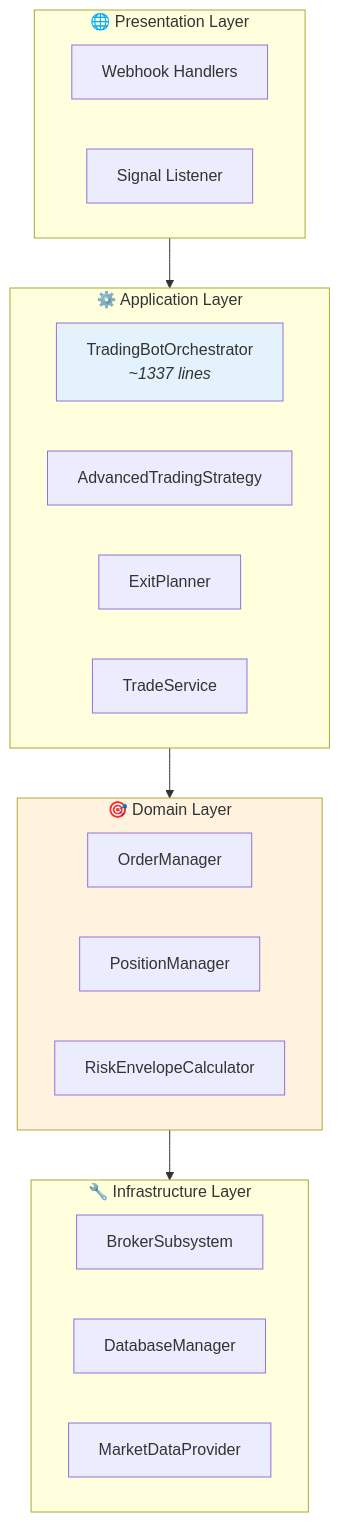
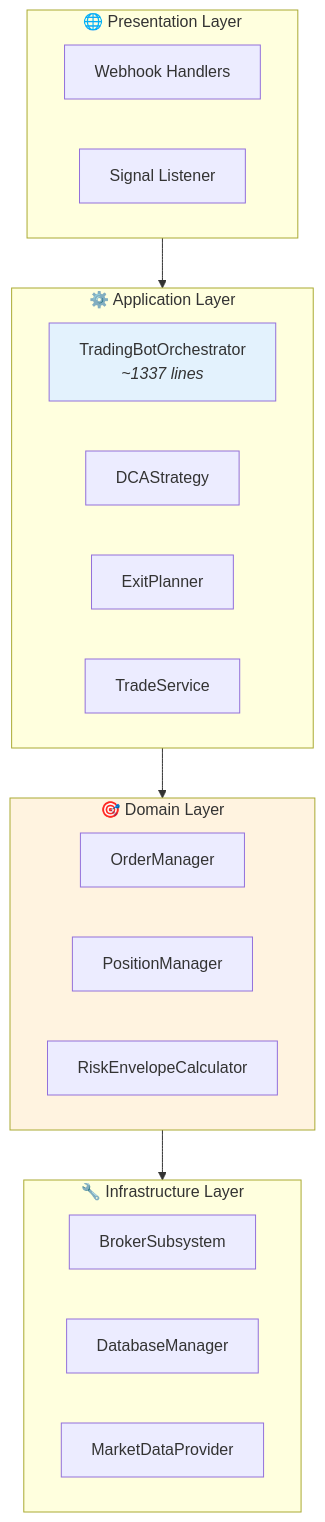
The tenth of 13 diagrams in README.md (nirnaykhatri/alpha-trader), drawn with Mermaid before and after one commit. The commit also changed other lines of this file and 241 other files, not shown here.

````diff
--- a/README.md
+++ b/README.md
@@ -285,33 +366,33 @@
 ```mermaid
 flowchart TB
     subgraph Presentation["🌐 Presentation Layer"]
         WH["Webhook Handlers"]
         SL["Signal Listener"]
     end
     
     subgraph Application["⚙️ Application Layer"]
         ORCH["TradingBotOrchestrator<br/><i>~1337 lines</i>"]
-        STRAT["AdvancedTradingStrategy"]
+        STRAT["DCAStrategy"]
         EXIT["ExitPlanner"]
         TRADE["TradeService"]
     end
     
     subgraph Domain["🎯 Domain Layer"]
         OM["OrderManager"]
         PM["PositionManager"]
         RM["RiskEnvelopeCalculator"]
     end
     
     subgraph Infrastructure["🔧 Infrastructure Layer"]
         BS["BrokerSubsystem"]
         DB["DatabaseManager"]
         MD["MarketDataProvider"]
     end
     
     Presentation --> Application
     Application --> Domain
     Domain --> Infrastructure
     
     style ORCH fill:#E3F2FD
     style Domain fill:#FFF3E0
 ```
````
